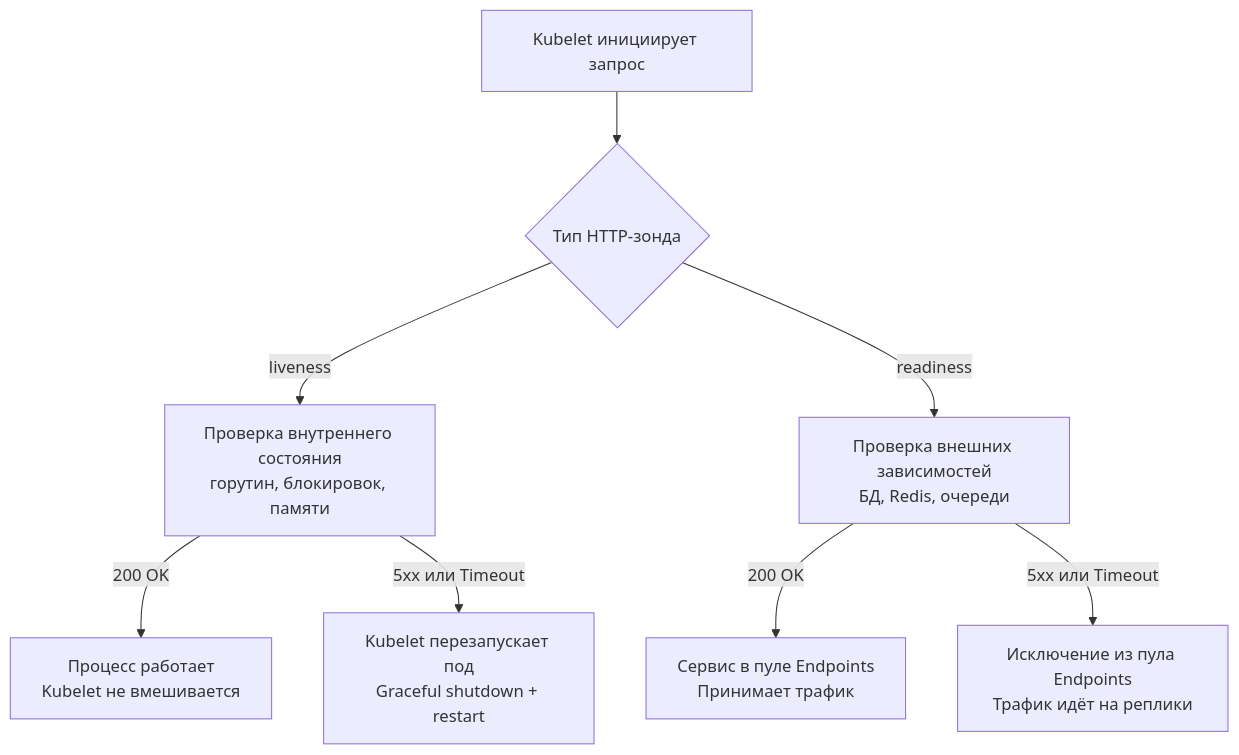
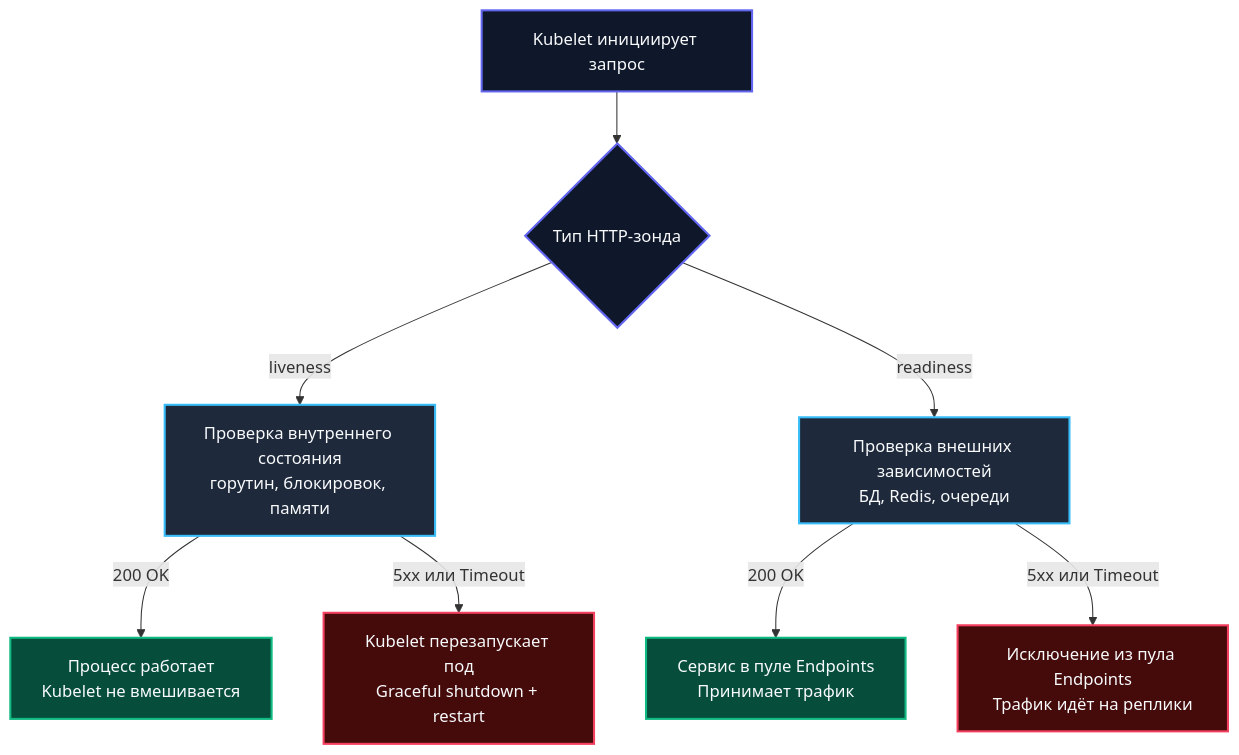
One commit to UnrealTemplier/go-textbook changed the diagram in sources/9. Бэкенд на Go (Практика разработки)/16. Healthcheck и readiness probe.md. Above: the diagram before and after it, drawn with Mermaid. The commit also changed other lines of this file, not shown here.

````diff
--- a/sources/9. Бэкенд на Go (Практика разработки)/16. Healthcheck и readiness probe.md
+++ b/sources/9. Бэкенд на Go (Практика разработки)/16. Healthcheck и readiness probe.md
@@ -15,10 +7,19 @@
 ```mermaid
 flowchart TD
     A["Kubelet инициирует запрос"] --> B{"Тип HTTP-зонда"}
     B -->|"liveness"| C["Проверка внутреннего состояния<br>горутин, блокировок, памяти"]
     B -->|"readiness"| D["Проверка внешних зависимостей<br>БД, Redis, очереди"]
     C -->|"200 OK"| E["Процесс работает<br>Kubelet не вмешивается"]
     C -->|"5xx или Timeout"| F["Kubelet перезапускает под<br>Graceful shutdown + restart"]
     D -->|"200 OK"| G["Сервис в пуле Endpoints<br>Принимает трафик"]
     D -->|"5xx или Timeout"| H["Исключение из пула Endpoints<br>Трафик идёт на реплики"]
+
+    classDef kube fill:#0f172a,stroke:#6366f1,stroke-width:2px,color:#f8fafc;
+    classDef check fill:#1e293b,stroke:#38bdf8,stroke-width:2px,color:#f8fafc;
+    classDef ok fill:#064e3b,stroke:#10b981,stroke-width:2px,color:#f8fafc;
+    classDef err fill:#450a0a,stroke:#f43f5e,stroke-width:2px,color:#f8fafc;
+    class A,B kube;
+    class C,D check;
+    class E,G ok;
+    class F,H err;
 ```
````
